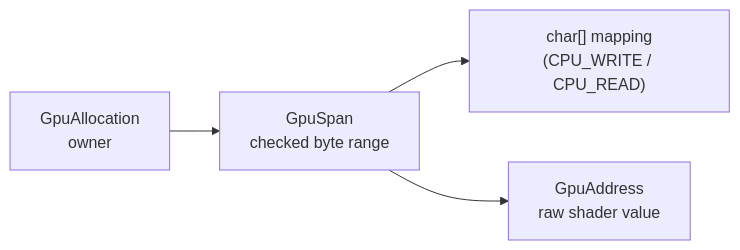
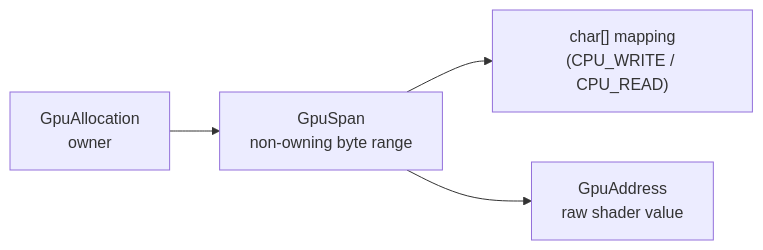
One commit to fesoliveira014/gpu.c3l changed the third of 8 diagrams in docs/architecture.md. Above: the diagram before and after it, drawn with Mermaid. The commit also changed 4 other files, not shown here.

````diff
--- a/docs/architecture.md
+++ b/docs/architecture.md
@@ -146,6 +146,6 @@
 ```mermaid
 flowchart LR
-    A[GpuAllocation<br/>owner] --> S[GpuSpan<br/>checked byte range]
+    A[GpuAllocation<br/>owner] --> S[GpuSpan<br/>non-owning byte range]
     S --> M["char[] mapping<br/>(CPU_WRITE / CPU_READ)"]
     S --> G[GpuAddress<br/>raw shader value]
 ```
````
